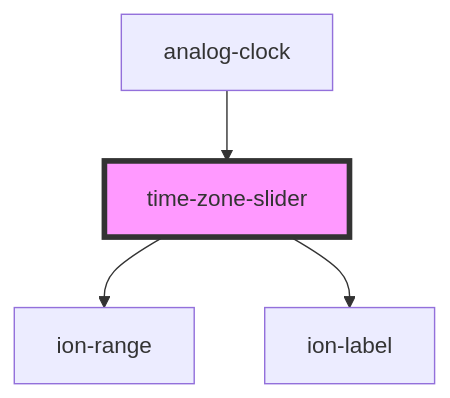
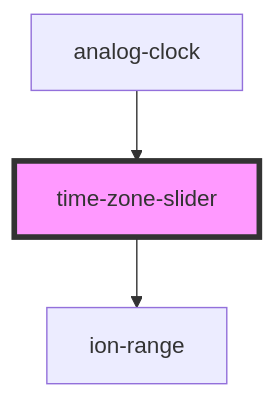
The diagram in src/components/time-zone-slider/readme.md (eswat2/analog-clock-components), drawn with Mermaid before and after one commit. The commit also changed other lines of this file and 1 other file, not shown here.

````diff
--- a/src/components/time-zone-slider/readme.md
+++ b/src/components/time-zone-slider/readme.md
@@ -34,7 +33,6 @@
 ```mermaid
 graph TD;
   time-zone-slider --> ion-range
-  time-zone-slider --> ion-label
   analog-clock --> time-zone-slider
   style time-zone-slider fill:#f9f,stroke:#333,stroke-width:4px
 ```
````
